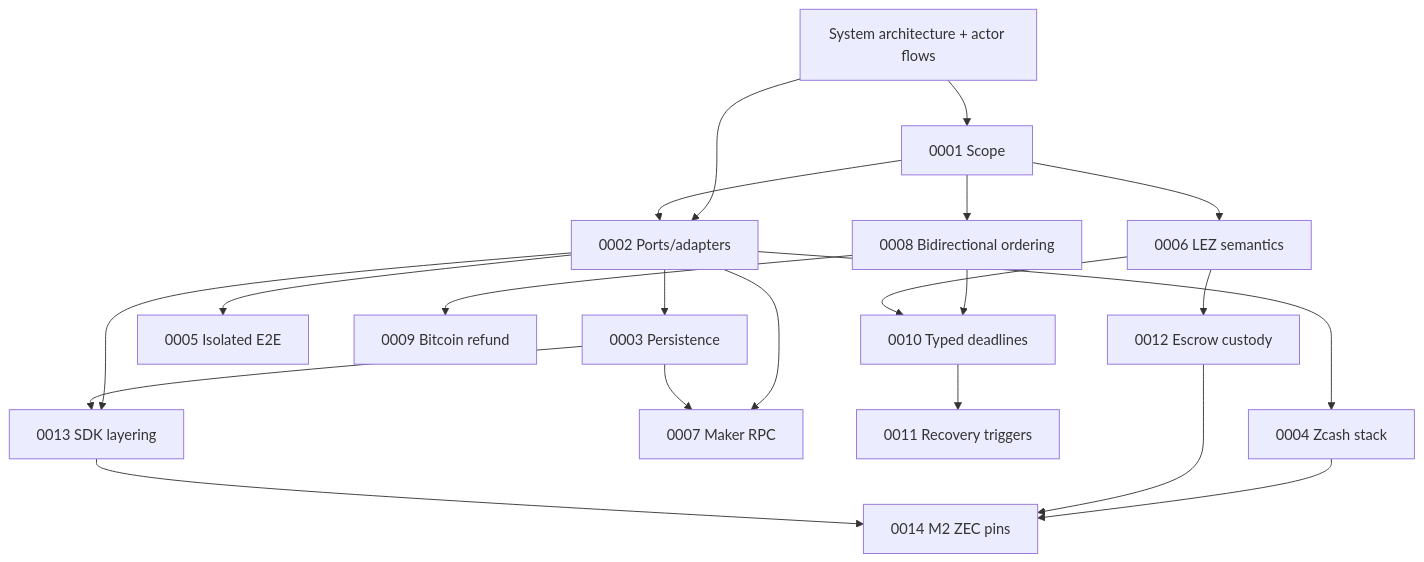
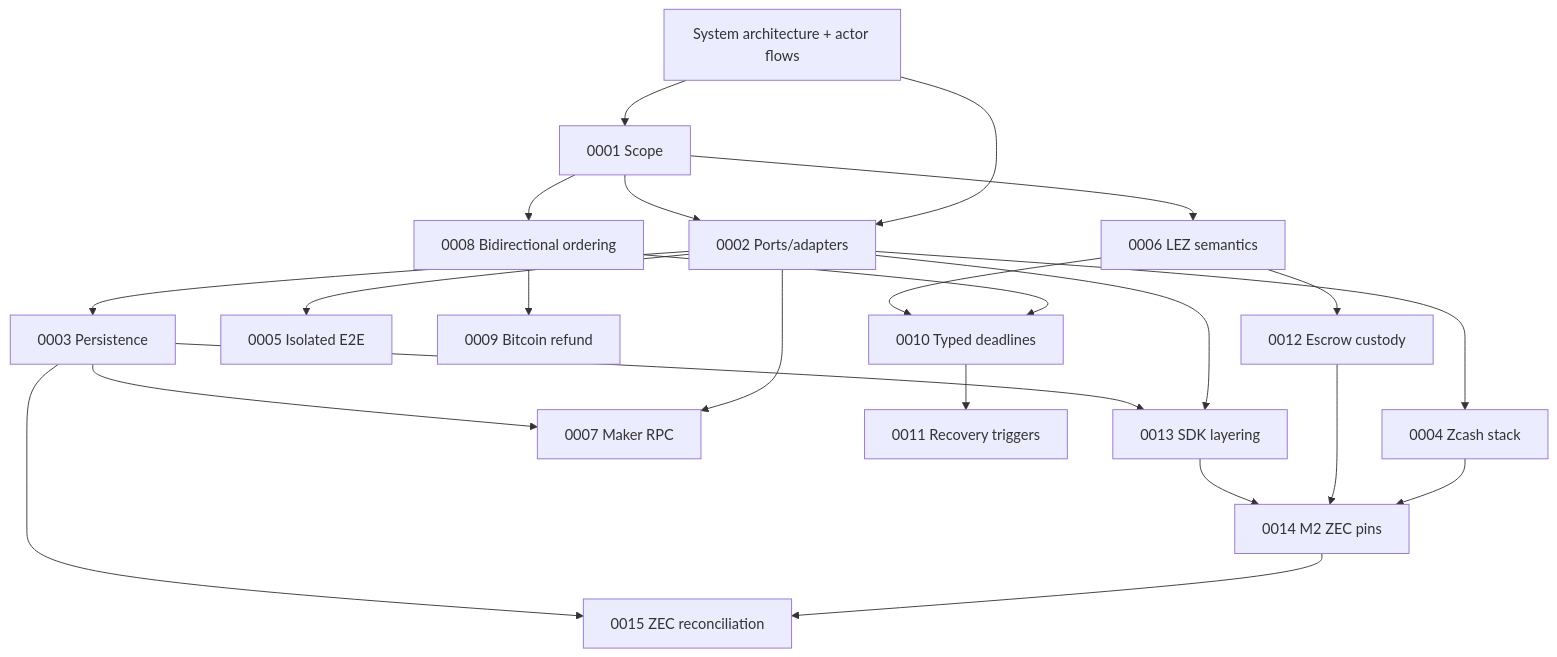
The diagram in docs/architecture/README.md (gateway-fm/lez-atomic-swaps), drawn with Mermaid before and after one commit. The commit also changed other lines of this file and 10 other files, not shown here.

````diff
--- a/docs/architecture/README.md
+++ b/docs/architecture/README.md
@@ -12,23 +12,25 @@
 ```mermaid
 flowchart TB
     System["System architecture + actor flows"] --> Scope["0001 Scope"]
     System --> Ports["0002 Ports/adapters"]
     Scope --> Ports
     Ports --> Persistence["0003 Persistence"]
     Ports --> Zcash["0004 Zcash stack"]
     Ports --> Docker["0005 Isolated E2E"]
     Scope --> LEZ["0006 LEZ semantics"]
     Ports --> RPC["0007 Maker RPC"]
     Scope --> Direction["0008 Bidirectional ordering"]
     Direction --> Bitcoin["0009 Bitcoin refund"]
     Direction --> Deadlines["0010 Typed deadlines"]
     LEZ --> Deadlines
     Deadlines --> Recovery["0011 Recovery triggers"]
     LEZ --> Custody["0012 Escrow custody"]
     Ports --> SDK["0013 SDK layering"]
     Zcash --> ZecPins["0014 M2 ZEC pins"]
     Custody --> ZecPins
     SDK --> ZecPins
+    ZecPins --> ZecReconcile["0015 ZEC reconciliation"]
+    Persistence --> ZecReconcile
     Persistence --> SDK
     Persistence --> RPC
 ```
````
